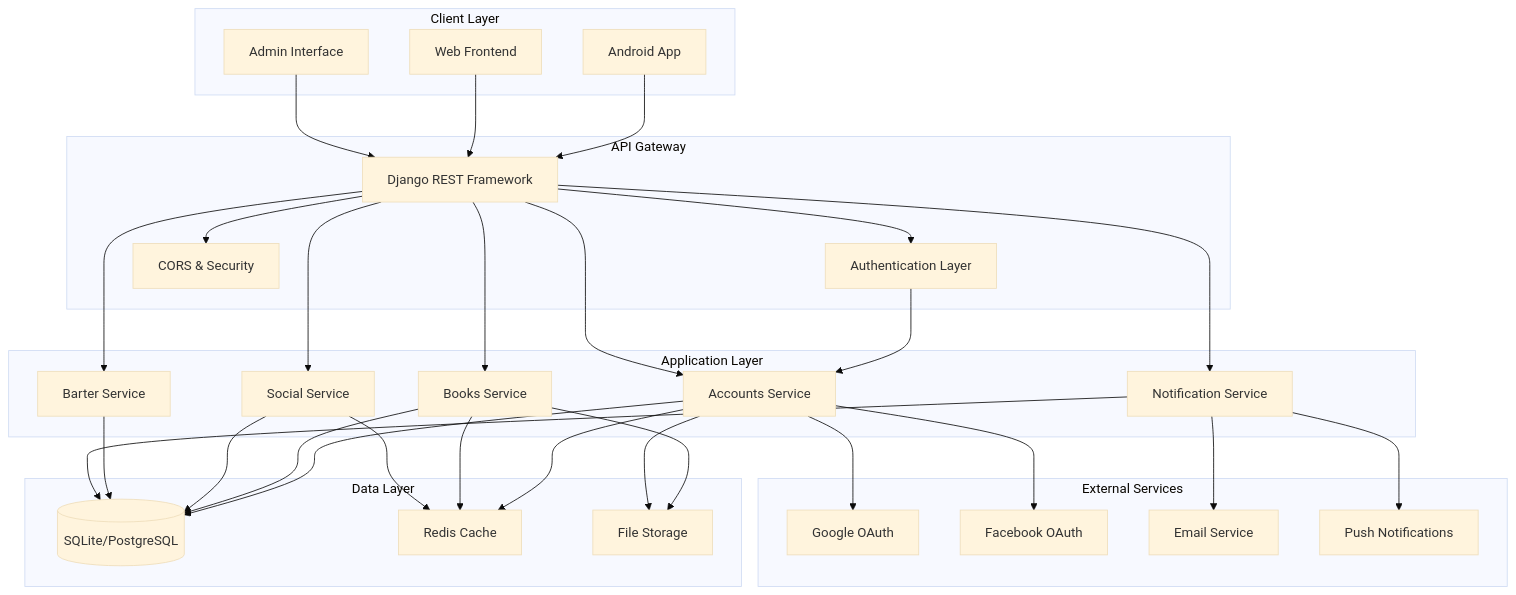
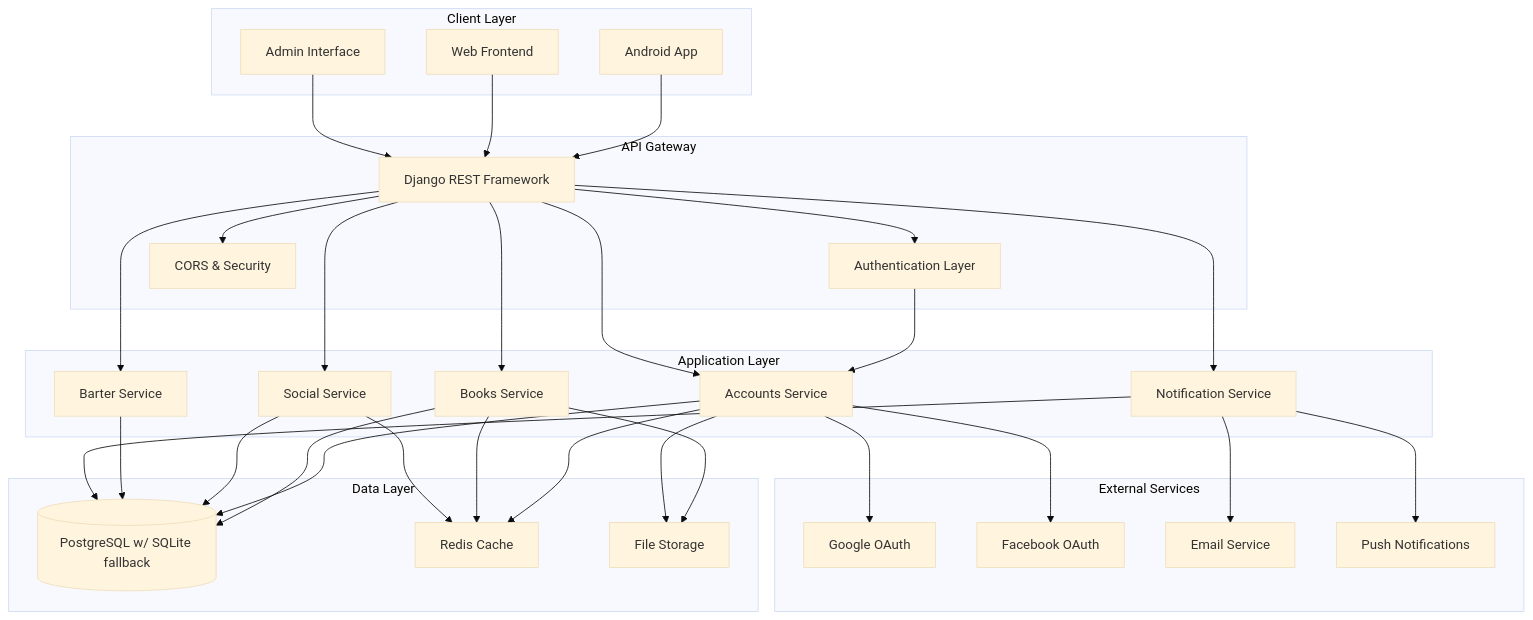
One commit to snuhcs-course/snuhcs-course-2025-2-swpp-swpp-2025-project-SNU-SWPP-Template-2 changed the first of 11 diagrams in backend/docs/ARCHITECTURE.md. Above: the diagram before and after it, drawn with Mermaid (base theme). The commit also changed other lines of this file and 4 other files, not shown here.

````diff
--- a/backend/docs/ARCHITECTURE.md
+++ b/backend/docs/ARCHITECTURE.md
@@ -11,67 +11,67 @@
 ```mermaid
 graph TB
     subgraph "Client Layer"
         A[Android App]
         B[Web Frontend]
         C[Admin Interface]
     end
     
     subgraph "API Gateway"
         D[Django REST Framework]
         E[Authentication Layer]
         F[CORS & Security]
     end
     
     subgraph "Application Layer"
         G[Accounts Service]
         H[Books Service]
         I[Social Service]
         J[Barter Service]
         K[Notification Service]
     end
     
     subgraph "Data Layer"
-        L[(SQLite/PostgreSQL)]
+        L[(PostgreSQL w/ SQLite fallback)]
         M[Redis Cache]
         N[File Storage]
     end
     
     subgraph "External Services"
         O[Google OAuth]
         P[Facebook OAuth]
         Q[Email Service]
         R[Push Notifications]
     end
     
     A --> D
     B --> D
     C --> D
     
     D --> E
     D --> F
     
     E --> G
     D --> G
     D --> H
     D --> I
     D --> J
     D --> K
     
     G --> L
     H --> L
     I --> L
     J --> L
     K --> L
     
     G --> M
     H --> M
     I --> M
     
     H --> N
     G --> N
     
     G --> O
     G --> P
     K --> Q
     K --> R
 ```
````
